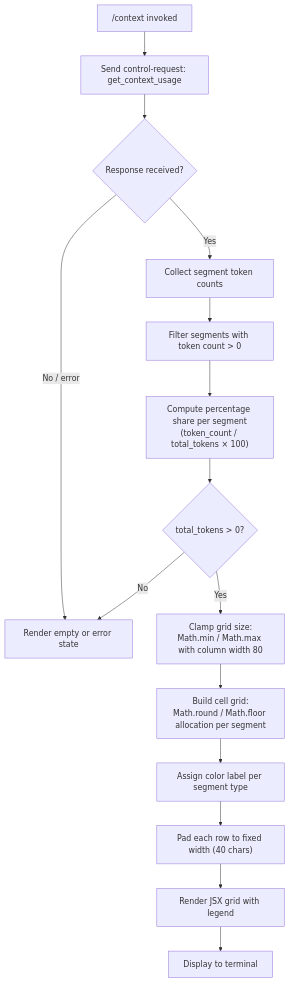
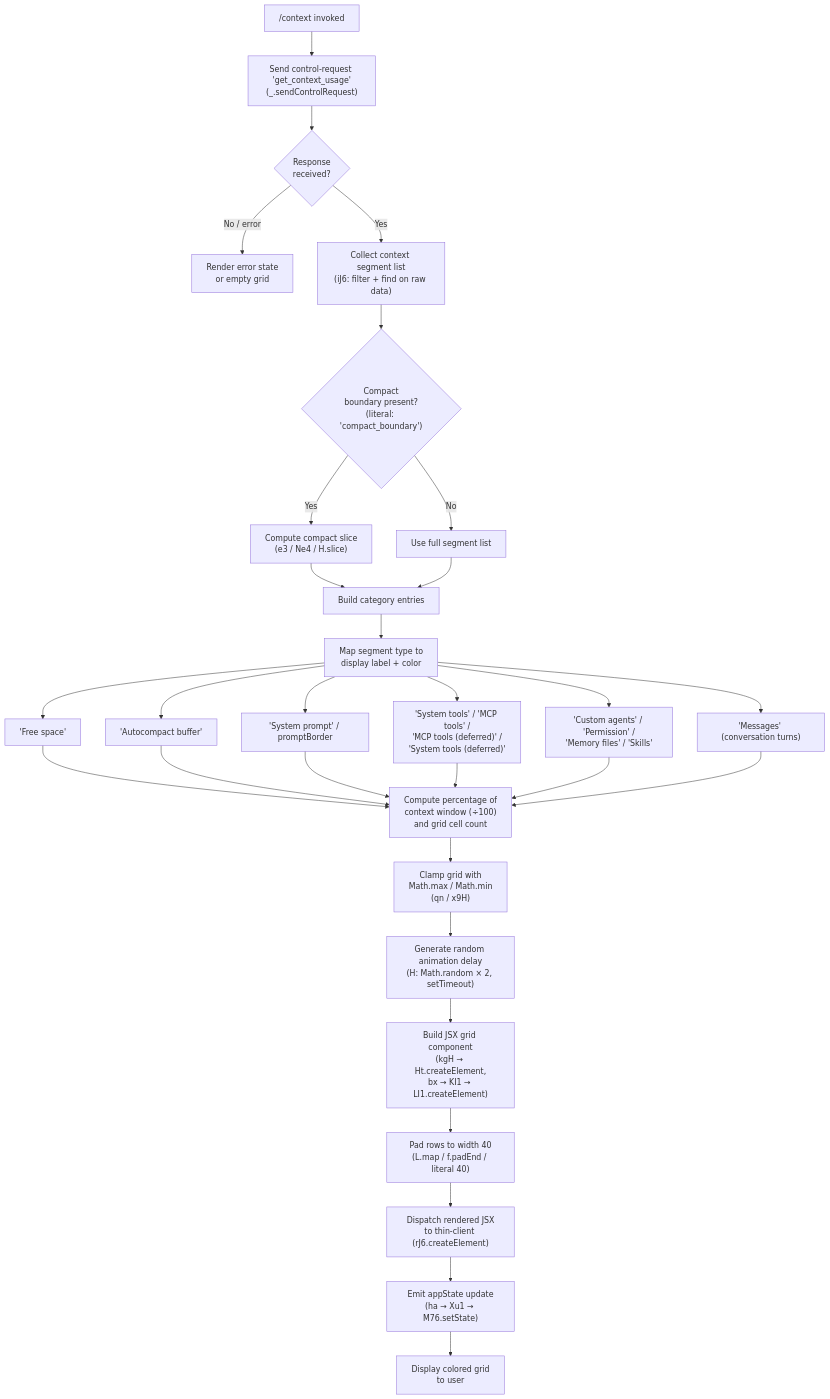
The diagram in versions/v2.1.133/context.md (MyLittleLuckyDog/cc-gnothi), drawn with Mermaid before and after one commit. The commit also changed other lines of this file and 95 other files, not shown here.

````diff
--- a/versions/v2.1.133/context.md
+++ b/versions/v2.1.133/context.md
@@ -46,17 +55,27 @@
 ```mermaid
 flowchart TD
-    A["/context invoked"] --> B["Send control-request: get_context_usage"]
-    B --> C{"Response received?"}
-    C -- No / error --> D["Render empty or error state"]
-    C -- Yes --> E["Collect segment token counts"]
-    E --> F["Filter segments with token count > 0"]
-    F --> G["Compute percentage share per segment\n(token_count / total_tokens × 100)"]
-    G --> H{"total_tokens > 0?"}
-    H -- No --> D
-    H -- Yes --> I["Clamp grid size:\nMath.min / Math.max with column width 80"]
-    I --> J["Build cell grid:\nMath.round / Math.floor allocation per segment"]
-    J --> K["Assign color label per segment type"]
-    K --> L["Pad each row to fixed width (40 chars)"]
-    L --> M["Render JSX grid with legend"]
-    M --> N["Display to terminal"]
+    A["/context invoked"] --> B["Send control-request 'get_context_usage'\n(_.sendControlRequest)"]
+    B --> C{"Response\nreceived?"}
+    C -- "No / error" --> ERR["Render error state\nor empty grid"]
+    C -- "Yes" --> D["Collect context segment list\n(iJ6: filter + find on raw data)"]
+    D --> E{"Compact\nboundary present?\n(literal: 'compact_boundary')"}
+    E -- "Yes" --> F["Compute compact slice\n(e3 / Ne4 / H.slice)"]
+    E -- "No" --> G["Use full segment list"]
+    F --> H["Build category entries"]
+    G --> H
+    H --> I["Map segment type to\ndisplay label + color"]
+    I --> I1["'Free space'"]
+    I --> I2["'Autocompact buffer'"]
+    I --> I3["'System prompt' / promptBorder"]
+    I --> I4["'System tools' / 'MCP tools' /\n'MCP tools (deferred)' /\n'System tools (deferred)'"]
+    I --> I5["'Custom agents' / 'Permission' /\n'Memory files' / 'Skills'"]
+    I --> I6["'Messages' (conversation turns)"]
+    I1 & I2 & I3 & I4 & I5 & I6 --> J["Compute percentage of\ncontext window (÷100)\nand grid cell count"]
+    J --> K["Clamp grid with\nMath.max / Math.min\n(qn / x9H)"]
+    K --> L["Generate random animation delay\n(H: Math.random × 2, setTimeout)"]
+    L --> M["Build JSX grid component\n(kgH → Ht.createElement,\nbx → KI1 → LI1.createElement)"]
+    M --> N["Pad rows to width 40\n(L.map / f.padEnd / literal 40)"]
+    N --> O["Dispatch rendered JSX\nto thin-client (rJ6.createElement)"]
+    O --> P["Emit appState update\n(ha → Xu1 → M76.setState)"]
+    P --> Z["Display colored grid\nto user"]
 ```
````
